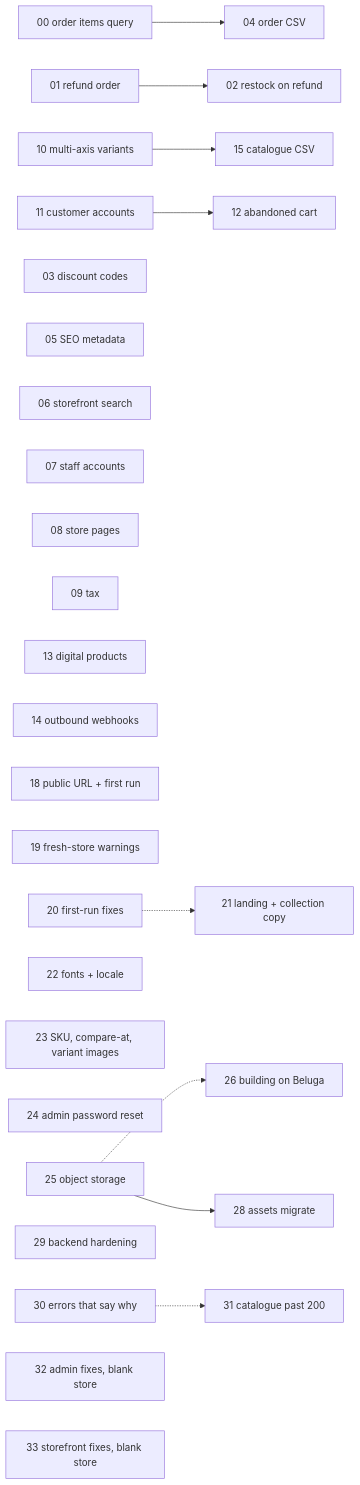
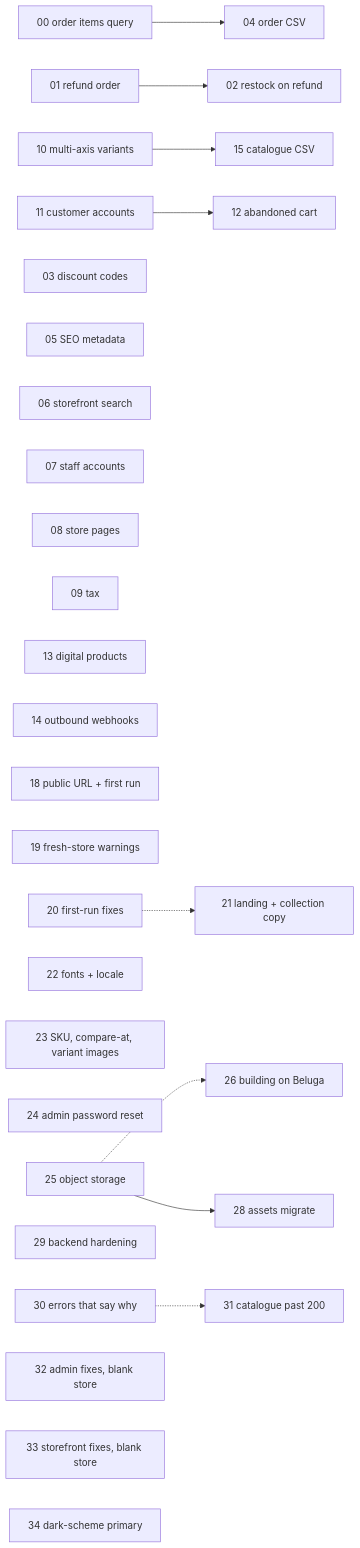
The diagram in docs/tasks/README.md (binx/yesiwantaplatform), drawn with Mermaid before and after one commit. The commit also changed other lines of this file and 4 other files, not shown here.

First line of the commit message:
Decide the dark-scheme fix: derive the primary, as brief 34

````diff
--- a/docs/tasks/README.md
+++ b/docs/tasks/README.md
@@ -176,27 +176,28 @@
 ```mermaid
 graph LR
   T00[00 order items query] --> T04[04 order CSV]
   T01[01 refund order] --> T02[02 restock on refund]
   T10[10 multi-axis variants] --> T15[15 catalogue CSV]
   T11[11 customer accounts] --> T12[12 abandoned cart]
   T03[03 discount codes]
   T05[05 SEO metadata]
   T06[06 storefront search]
   T07[07 staff accounts]
   T08[08 store pages]
   T09[09 tax]
   T13[13 digital products]
   T14[14 outbound webhooks]
   T18[18 public URL + first run]
   T19[19 fresh-store warnings]
   T20[20 first-run fixes] -.-> T21[21 landing + collection copy]
   T22[22 fonts + locale]
   T23[23 SKU, compare-at, variant images]
   T24[24 admin password reset]
   T25[25 object storage] -.-> T26[26 building on Beluga]
   T25 --> T28[28 assets migrate]
   T29[29 backend hardening]
   T30[30 errors that say why] -.-> T31[31 catalogue past 200]
   T32[32 admin fixes, blank store]
   T33[33 storefront fixes, blank store]
+  T34[34 dark-scheme primary]
 ```
````
